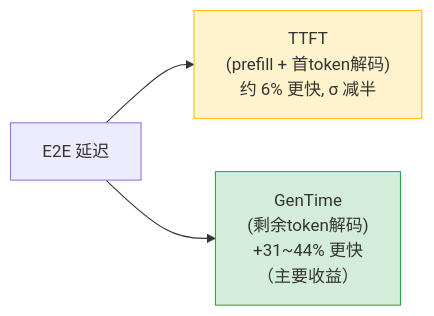
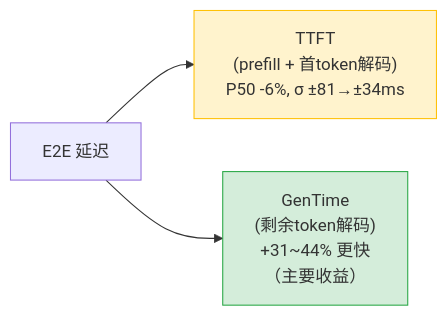
The second of 3 diagrams in Agents/AOAI-Priority-Processing-Benchmark/README-CN.md (david-xinyuwei/david-share), drawn with Mermaid before and after one commit. The commit also changed other lines of this file and 1 other file, not shown here.

Commit message:
Clarify TTFT σ notation: use ±81→±34ms (-58%) instead of ambiguous 'σ halved'

````diff
--- a/Agents/AOAI-Priority-Processing-Benchmark/README-CN.md
+++ b/Agents/AOAI-Priority-Processing-Benchmark/README-CN.md
@@ -98,8 +98,8 @@
 ```mermaid
 flowchart LR
-    E2E["E2E 延迟"] --> TTFT["TTFT<br/>(prefill + 首token解码)<br/>约 6% 更快, σ 减半"]
+    E2E["E2E 延迟"] --> TTFT["TTFT<br/>(prefill + 首token解码)<br/>P50 -6%, σ ±81→±34ms"]
     E2E --> GenTime["GenTime<br/>(剩余token解码)<br/>+31~44% 更快<br/>（主要收益）"]
     
     style TTFT fill:#fff3cd,stroke:#ffc107
     style GenTime fill:#d4edda,stroke:#28a745
 ```
````
